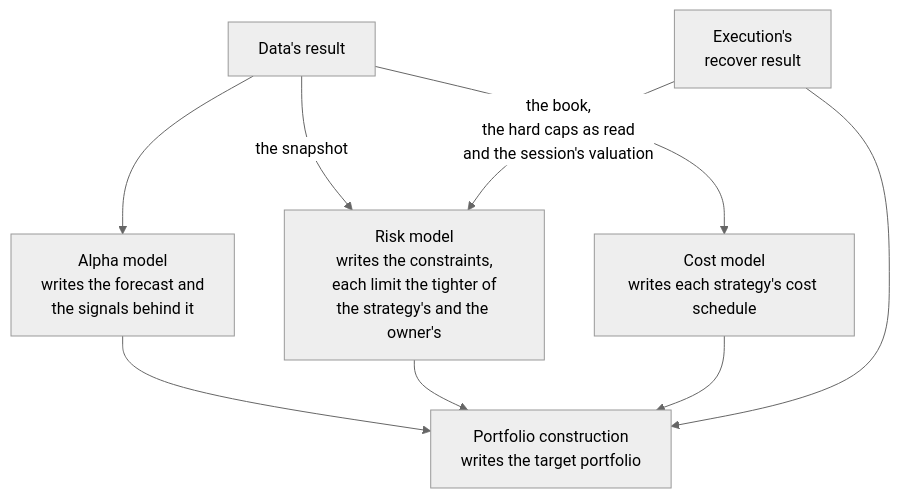
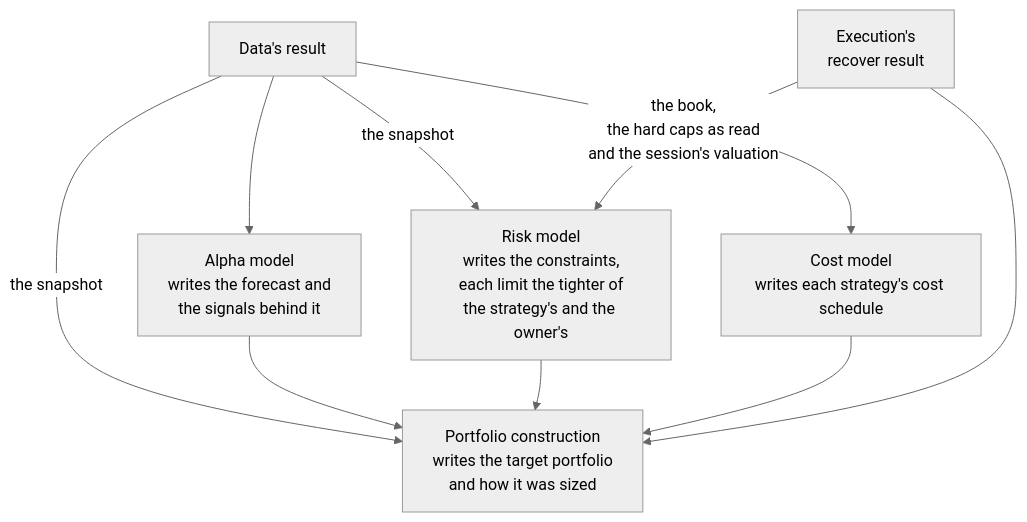
Before and after one commit to l3a0/ithildin-runtime: the eighth of 18 diagrams in docs/architecture/06-runtime.md, drawn with Mermaid (neutral theme). The commit also changed other lines of this file and 36 other files, not shown here.

First line of the commit message:
feat(portfolio): each strategy's target, sized to G within three limits

````diff
--- a/docs/architecture/06-runtime.md
+++ b/docs/architecture/06-runtime.md
@@ -509,11 +509,12 @@
 ```mermaid
 flowchart TB
     data["Data's result"] --> alpha["Alpha model<br/>writes the forecast and<br/>the signals behind it"]
     data -->|"the snapshot"| risk["Risk model<br/>writes the constraints,<br/>each limit the tighter of<br/>the strategy's and the owner's"]
     data --> cost["Cost model<br/>writes each strategy's cost schedule"]
-    alpha --> pc["Portfolio construction<br/>writes the target portfolio"]
+    data -->|"the snapshot"| pc["Portfolio construction<br/>writes the target portfolio<br/>and how it was sized"]
+    alpha --> pc
     risk --> pc
     cost --> pc
     recover["Execution's<br/>recover result"] -->|"the book,<br/>the hard caps as read<br/>and the session's valuation"| risk
     recover --> pc
 ```
````
